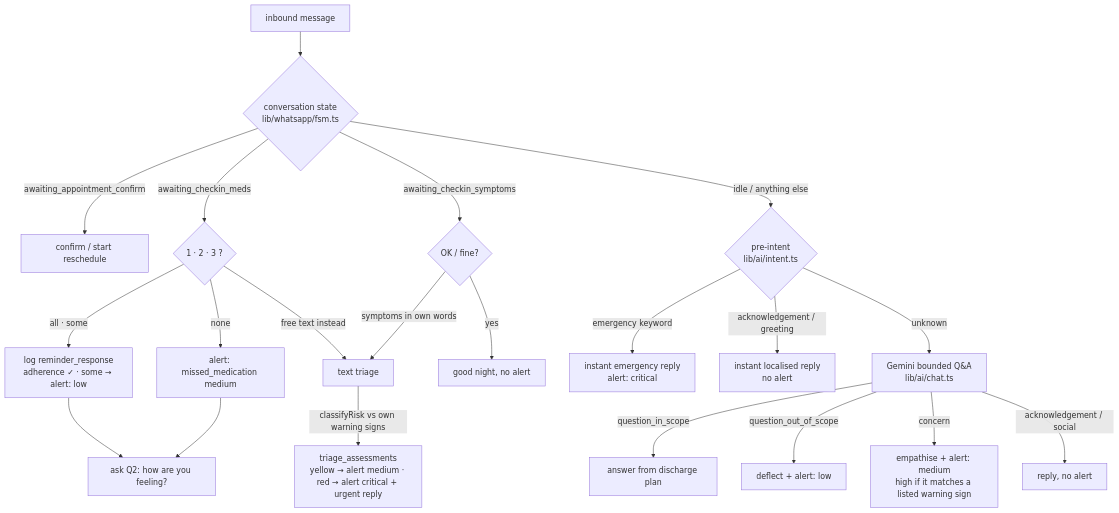
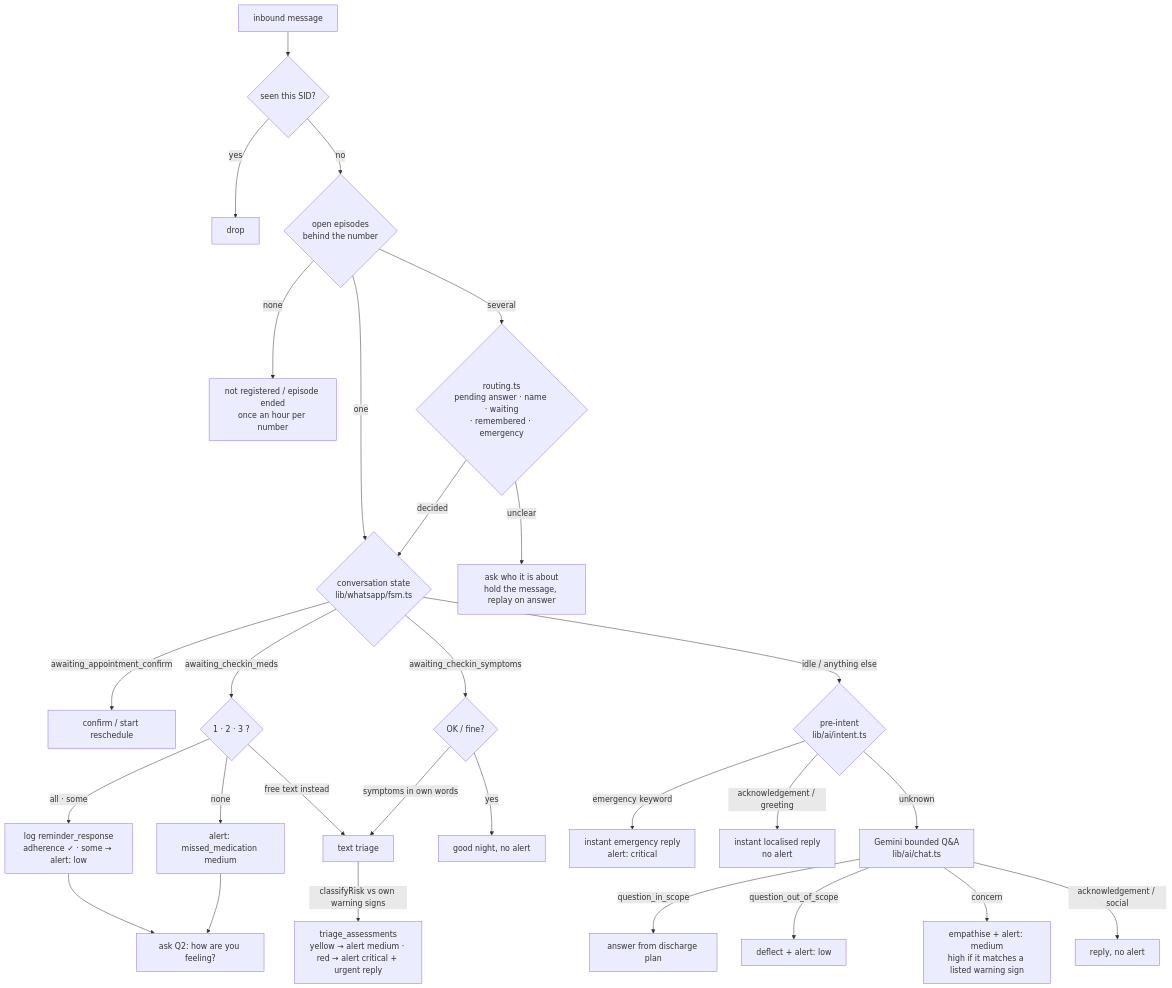
Before and after one commit to FuadAhamed91/-DischargeIQ: the second of 2 diagrams in README.md, drawn with Mermaid. The commit also changed 2 other files, not shown here.

Commit message:
docs: inbound diagram starts at the SID check and the routing decision; product brief and env notes
The README flowchart now begins where the handler does — dedupe, open
episodes behind the number, routing when there are several — before
the conversation state. .env.example says the app URL also drives
delivery receipts when https. PROJECT_CONTEXT lists shared household
phones as part of the patient WhatsApp experience.

````diff
--- a/README.md
+++ b/README.md
@@ -110,23 +110,31 @@
 ```mermaid
 flowchart TD
-  M[inbound message] --> S{conversation state<br/>lib/whatsapp/fsm.ts}
+  M[inbound message] --> D{seen this SID?}
+  D -->|yes| X[drop]
+  D -->|no| W{open episodes<br/>behind the number}
+  W -->|none| U[not registered / episode ended<br/>once an hour per number]
+  W -->|one| S
+  W -->|several| R{routing.ts<br/>pending answer · name · waiting<br/>· remembered · emergency}
+  R -->|decided| S
+  R -->|unclear| ASK[ask who it is about<br/>hold the message, replay on answer]
+  S{conversation state<br/>lib/whatsapp/fsm.ts}
   S -->|awaiting_appointment_confirm| AP[confirm / start reschedule]
   S -->|awaiting_checkin_meds| Q1{1 · 2 · 3 ?}
   Q1 -->|all · some| L[log reminder_response<br/>adherence ✓ · some → alert: low]
   Q1 -->|none| N[alert: missed_medication medium]
   L --> Q2ask[ask Q2: how are you feeling?]
   N --> Q2ask
   Q1 -->|free text instead| T2[text triage]
   S -->|awaiting_checkin_symptoms| Q2{OK / fine?}
   Q2 -->|yes| GN[good night, no alert]
   Q2 -->|symptoms in own words| T2
   T2 -->|classifyRisk vs own warning signs| TR[triage_assessments<br/>yellow → alert medium · red → alert critical + urgent reply]
   S -->|idle / anything else| P{pre-intent<br/>lib/ai/intent.ts}
   P -->|emergency keyword| E[instant emergency reply<br/>alert: critical]
   P -->|acknowledgement / greeting| I[instant localised reply<br/>no alert]
   P -->|unknown| G[Gemini bounded Q&A<br/>lib/ai/chat.ts]
   G -->|question_in_scope| A1[answer from discharge plan]
   G -->|question_out_of_scope| A2[deflect + alert: low]
   G -->|concern| A3[empathise + alert: medium<br/>high if it matches a listed warning sign]
   G -->|acknowledgement / social| A4[reply, no alert]
 ```
````
